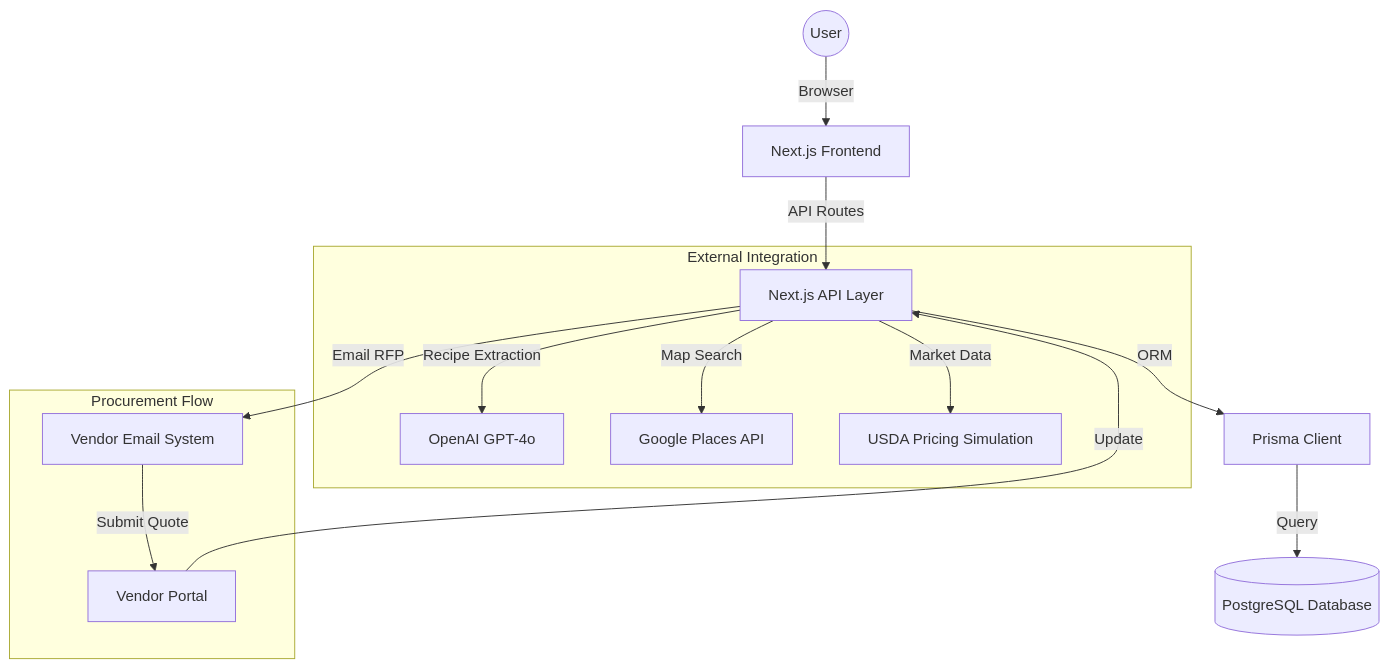
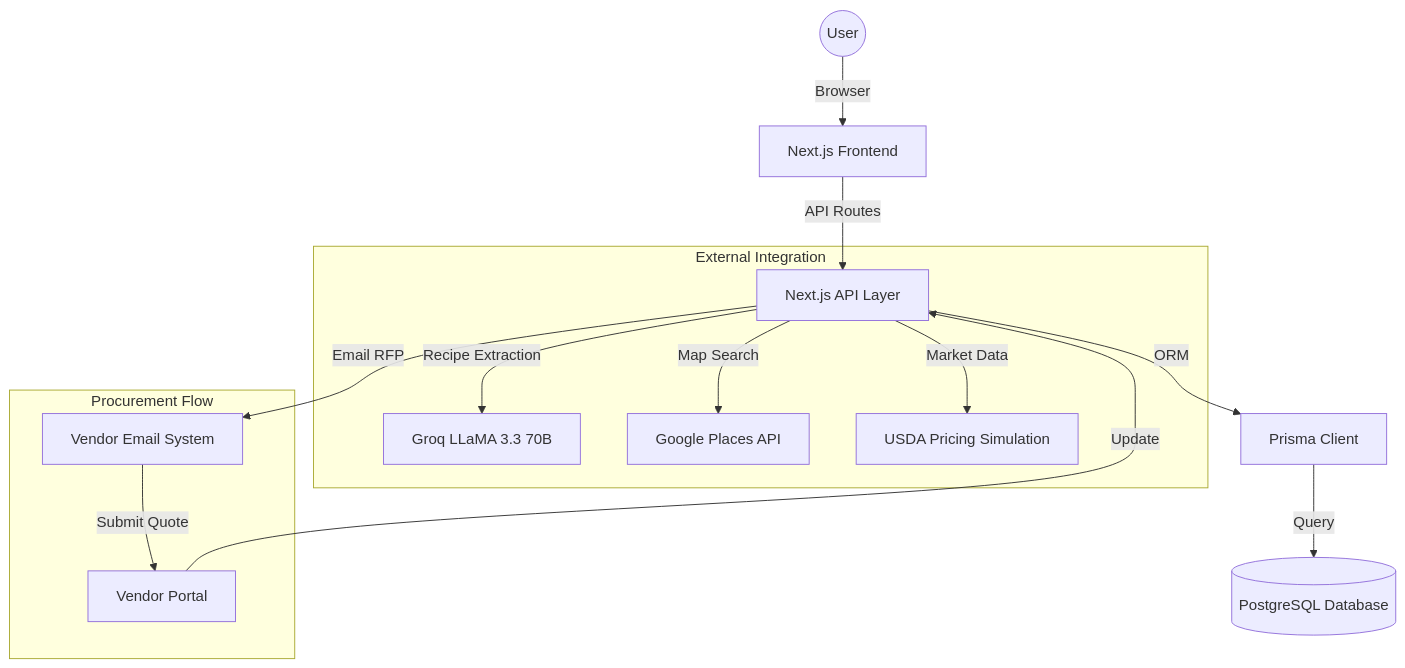
The first of 2 diagrams in README.md (Utsavd7/AutoRFP-Automated-Ingredient-Procurement-System), drawn with Mermaid before and after one commit. The commit also changed other lines of this file and 5 other files, not shown here.

````diff
--- a/README.md
+++ b/README.md
@@ -24,19 +24,19 @@
 ```mermaid
 graph TD
     User((User)) -->|Browser| Frontend[Next.js Frontend]
     Frontend -->|API Routes| Backend[Next.js API Layer]
     Backend -->|ORM| Prisma[Prisma Client]
     Prisma -->|Query| DB[(PostgreSQL Database)]
     
     subgraph "External Integration"
-        Backend -->|Recipe Extraction| GPT[OpenAI GPT-4o]
+        Backend -->|Recipe Extraction| Groq[Groq LLaMA 3.3 70B]
         Backend -->|Map Search| GooglePlaces[Google Places API]
         Backend -->|Market Data| USDASim[USDA Pricing Simulation]
     end
     
     subgraph "Procurement Flow"
         Backend -->|Email RFP| Vendors[Vendor Email System]
         Vendors -->|Submit Quote| QuotePortal[Vendor Portal]
         QuotePortal -->|Update| Backend
     end
 ```
````
